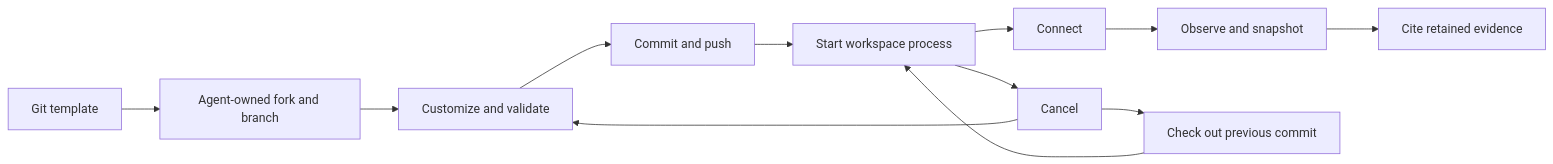
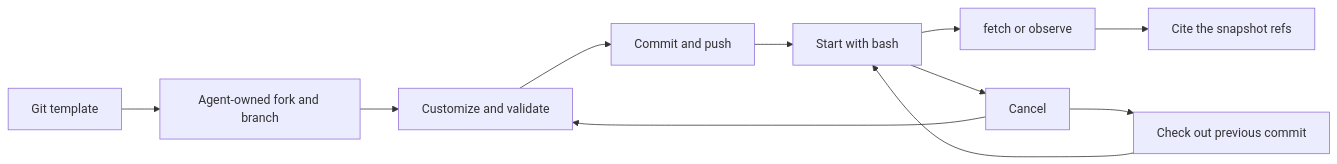
One commit to ambionframework/ambion changed the diagram in docs/sensors.md. Above: the diagram before and after it, drawn with Mermaid. The commit also changed other lines of this file and 115 other files, not shown here.

````diff
--- a/docs/sensors.md
+++ b/docs/sensors.md
@@ -47,14 +46,13 @@
 ```mermaid
 flowchart LR
   template[Git template] --> fork[Agent-owned fork and branch]
   fork --> edit[Customize and validate]
   edit --> save[Commit and push]
-  save --> run[Start workspace process]
-  run --> connect[Connect]
-  connect --> observe[Observe and snapshot]
-  observe --> cite[Cite retained evidence]
+  save --> run[Start with bash]
+  run --> read[fetch or observe]
+  read --> cite[Cite the snapshot refs]
   run --> stop[Cancel]
   stop --> edit
   stop --> rollback[Check out previous commit]
   rollback --> run
 ```
````
